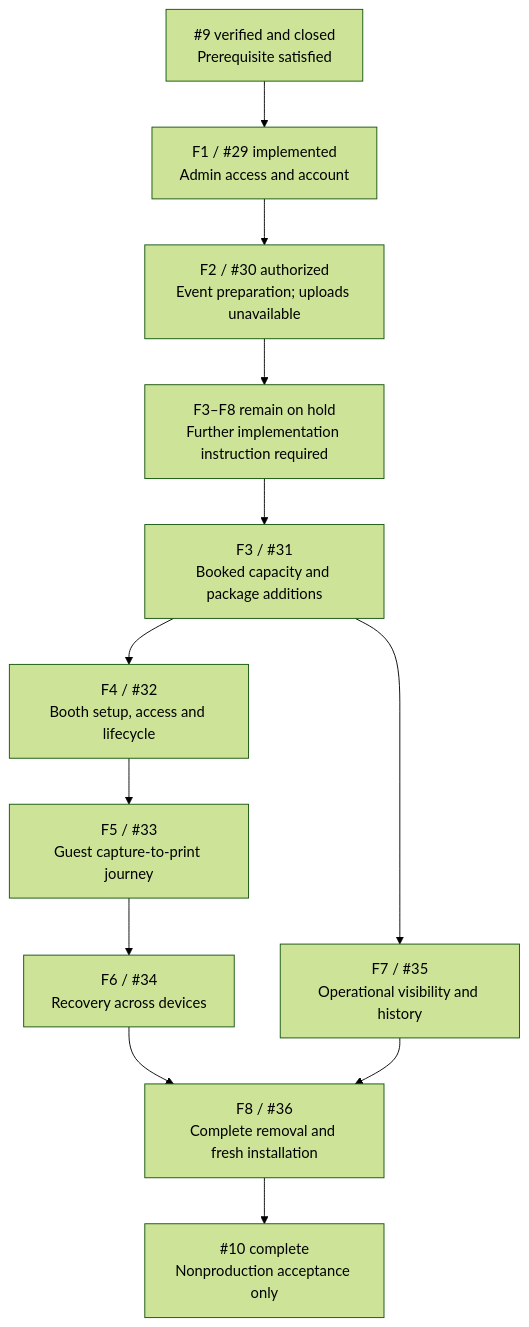
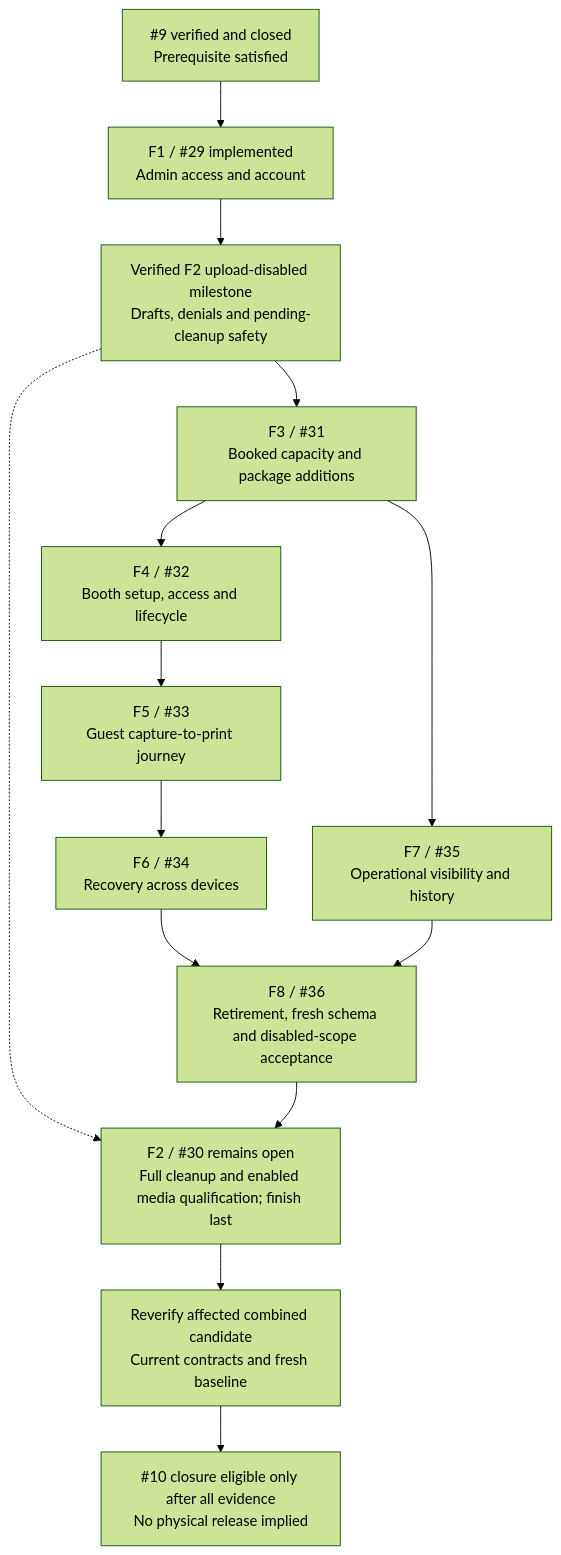
Before and after one commit to noelorph/diy-instax-photobooth: the first of 10 diagrams in docs/diagrams/issue-10-functional-breakdown.md, drawn with Mermaid (forest theme). The commit also changed other lines of this file and 40 other files, not shown here.

Commit message:
docs: sequence full F2 last while uploads stay unavailable

````diff
--- a/docs/diagrams/issue-10-functional-breakdown.md
+++ b/docs/diagrams/issue-10-functional-breakdown.md
@@ -13,14 +13,16 @@
 ```mermaid
 flowchart TD
   GATE["#9 verified and closed<br/>Prerequisite satisfied"] --> F1["F1 / #29 implemented<br/>Admin access and account"]
-  F1 --> F2["F2 / #30 authorized<br/>Event preparation; uploads unavailable"]
-  F2 --> HOLD["F3–F8 remain on hold<br/>Further implementation instruction required"]
-  HOLD --> F3["F3 / #31<br/>Booked capacity and package additions"]
+  F1 --> F2M["Verified F2 upload-disabled milestone<br/>Drafts, denials and pending-cleanup safety"]
+  F2M --> F3["F3 / #31<br/>Booked capacity and package additions"]
   F3 --> F4["F4 / #32<br/>Booth setup, access and lifecycle"]
   F4 --> F5["F5 / #33<br/>Guest capture-to-print journey"]
   F5 --> F6["F6 / #34<br/>Recovery across devices"]
   F3 --> F7["F7 / #35<br/>Operational visibility and history"]
-  F6 --> F8["F8 / #36<br/>Complete removal and fresh installation"]
+  F6 --> F8["F8 / #36<br/>Retirement, fresh schema and disabled-scope acceptance"]
   F7 --> F8
-  F8 --> DONE["#10 complete<br/>Nonproduction acceptance only"]
+  F2M -.-> F2FULL["F2 / #30 remains open<br/>Full cleanup and enabled media qualification; finish last"]
+  F8 --> F2FULL
+  F2FULL --> RECHECK["Reverify affected combined candidate<br/>Current contracts and fresh baseline"]
+  RECHECK --> DONE["#10 closure eligible only after all evidence<br/>No physical release implied"]
 ```
````
